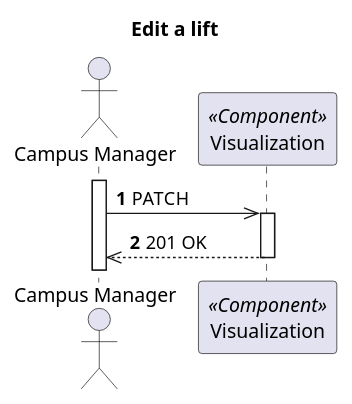
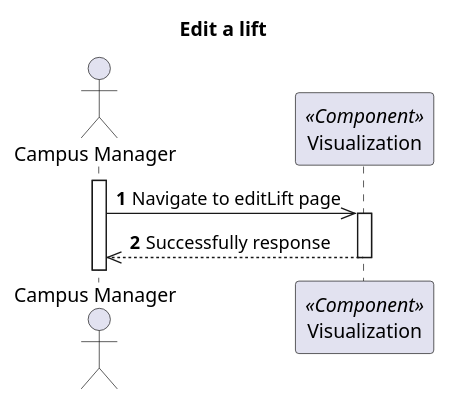
The diagram in docs/VistaProcesso/US280(1150)/Visualization/ProcessView_Level2_US280.puml (1210910/lapr5), drawn with PlantUML before and after one commit. The commit also changed 48 other files, not shown here.

```diff
--- a/docs/VistaProcesso/US280(1150)/Visualization/ProcessView_Level2_US280.puml
+++ b/docs/VistaProcesso/US280(1150)/Visualization/ProcessView_Level2_US280.puml
@@ -1,18 +1,18 @@
 @startuml
 'https://plantuml.com/sequence-diagram
 
 autonumber
 skinparam packageStyle rect
 
 title Edit a lift
 
 actor "Campus Manager" as CM
 participant "Visualization" as MD <<Component>>
 
 activate CM
-CM->> MD : PATCH
+CM->> MD : Navigate to editLift page
 
 activate MD
-CM<<--- MD : 201 OK
+CM<<--- MD : Successfully response
 deactivate MD
 @enduml
```
